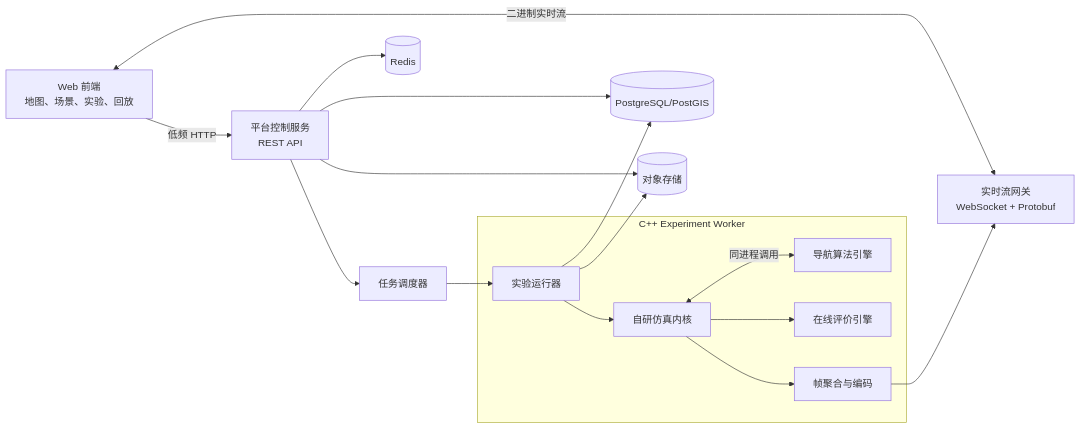
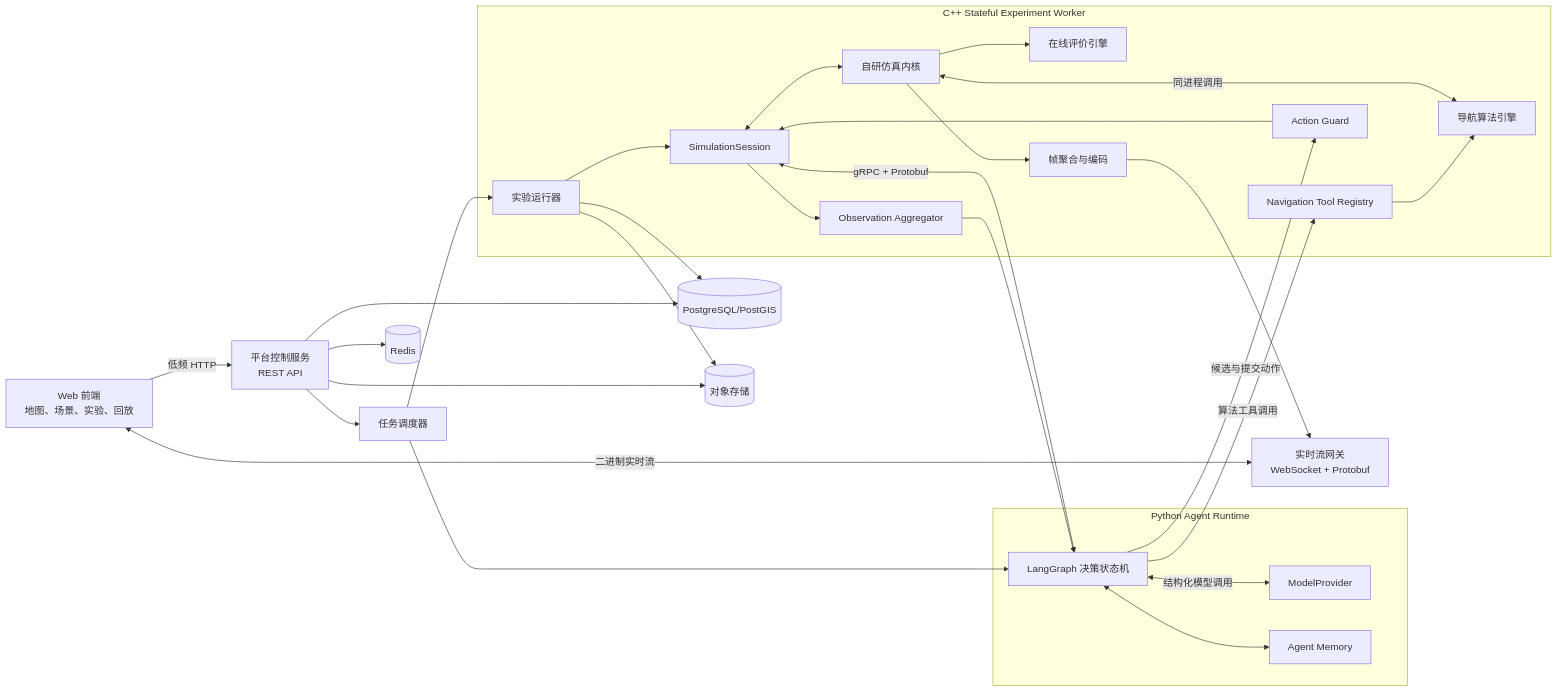
One commit to lpz1208/zeus changed the diagram in docs/overall-architecture.md. Above: the diagram before and after it, drawn with Mermaid. The commit also changed other lines of this file and 32 other files, not shown here.

Commit message:
feat: add dynamic simulation and agent session foundation

````diff
--- a/docs/overall-architecture.md
+++ b/docs/overall-architecture.md
@@ -82,33 +108,54 @@
 ```mermaid
 flowchart LR
     WEB[Web 前端<br/>地图、场景、实验、回放]
     API[平台控制服务<br/>REST API]
     STREAM[实时流网关<br/>WebSocket + Protobuf]
     SCHED[任务调度器]
     DB[(PostgreSQL/PostGIS)]
     CACHE[(Redis)]
     STORE[(对象存储)]
 
-    subgraph WORKER[C++ Experiment Worker]
+    subgraph AGENT[Python Agent Runtime]
+        GRAPH[LangGraph 决策状态机]
+        MODEL[ModelProvider]
+        MEMORY[Agent Memory]
+    end
+
+    subgraph WORKER[C++ Stateful Experiment Worker]
         RUNNER[实验运行器]
+        SESSION[SimulationSession]
+        OBS[Observation Aggregator]
+        TOOLS[Navigation Tool Registry]
+        GUARD[Action Guard]
         SIM[自研仿真内核]
         ROUTING[导航算法引擎]
         EVAL[在线评价引擎]
         FRAME[帧聚合与编码]
     end
 
     WEB -->|低频 HTTP| API
     WEB <-->|二进制实时流| STREAM
     API --> DB
     API --> CACHE
     API --> STORE
     API --> SCHED
     SCHED --> RUNNER
-    RUNNER --> SIM
+    SCHED --> GRAPH
+    GRAPH <-->|gRPC + Protobuf| SESSION
+    GRAPH <-->|结构化模型调用| MODEL
+    GRAPH <--> MEMORY
+    RUNNER --> SESSION
+    SESSION --> OBS
+    OBS --> GRAPH
+    GRAPH -->|候选与提交动作| GUARD
+    GUARD --> SESSION
+    SESSION <--> SIM
+    GRAPH -->|算法工具调用| TOOLS
+    TOOLS --> ROUTING
     SIM <-->|同进程调用| ROUTING
     SIM --> EVAL
     SIM --> FRAME
     FRAME --> STREAM
     RUNNER --> DB
     RUNNER --> STORE
 ```
````
